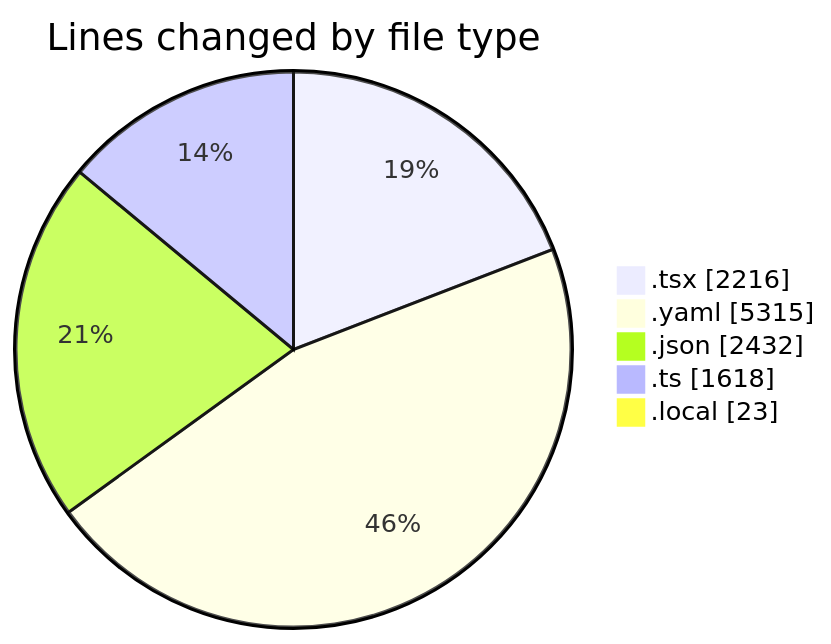
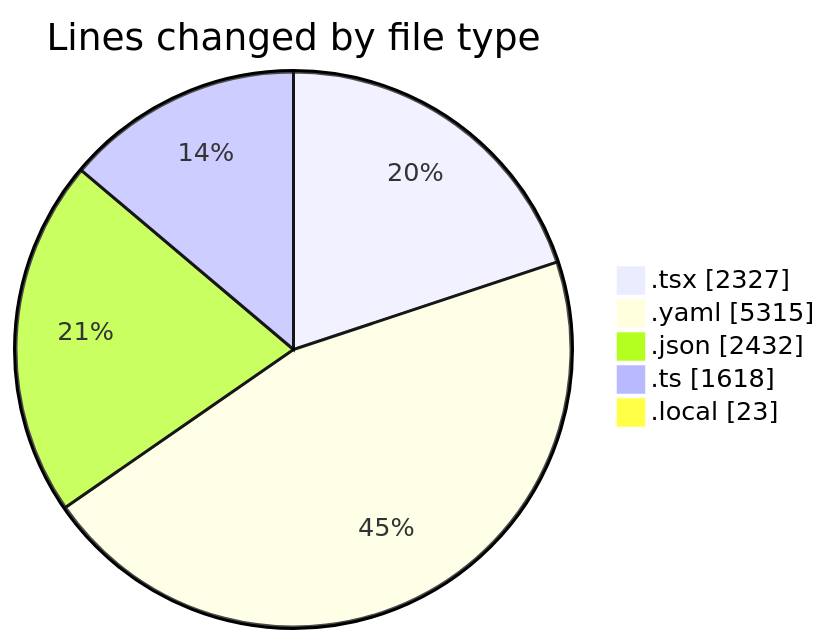
The first of 2 diagrams in 2025-11-07/eventscop-frontend-guide__workspace_/README.md (julien-gomy/code-tracking), drawn with Mermaid before and after one commit. The commit also changed other lines of this file and 1 other file, not shown here.

````diff
--- a/2025-11-07/eventscop-frontend-guide__workspace_/README.md
+++ b/2025-11-07/eventscop-frontend-guide__workspace_/README.md
@@ -53,9 +54,9 @@
 ```mermaid
 pie showData
 title Lines changed by file type
-".tsx" : 2216
+".tsx" : 2327
 ".yaml" : 5315
 ".json" : 2432
 ".ts" : 1618
 ".local" : 23
 ```
````
